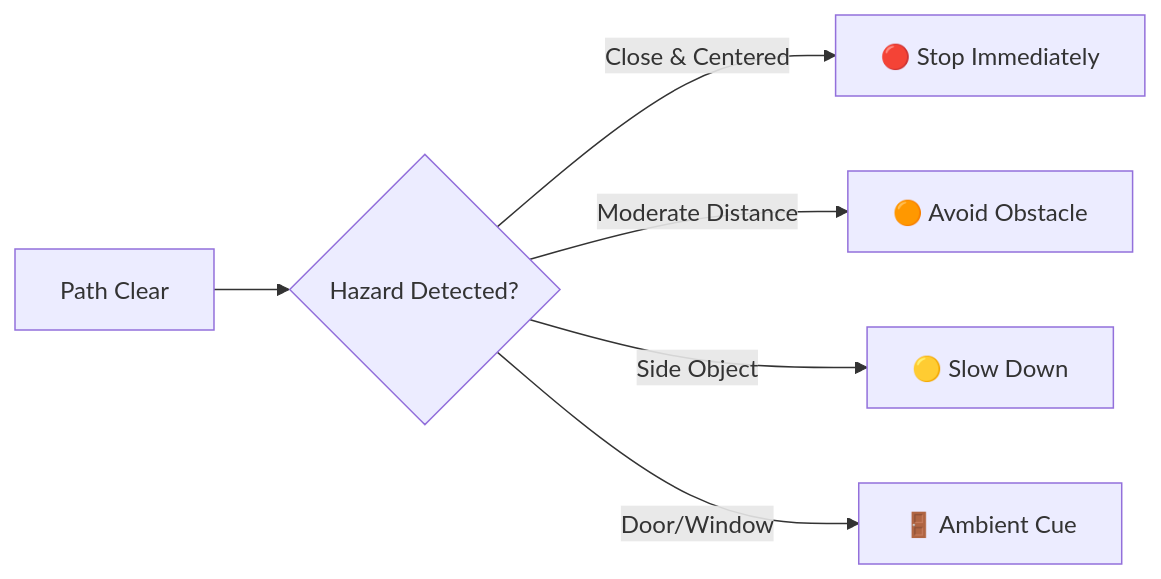
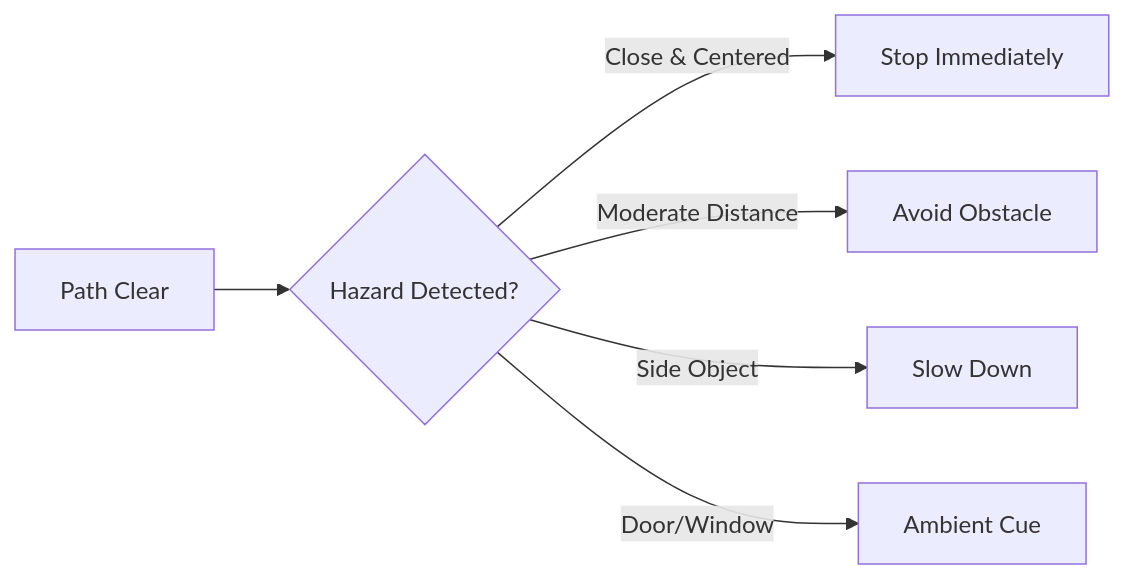
The first of 2 diagrams in docs/source-of-truth/06_walking_navigation.md (Thes-IS-IT/Easylens), drawn with Mermaid before and after one commit. The commit also changed other lines of this file and 42 other files, not shown here.

````diff
--- a/docs/source-of-truth/06_walking_navigation.md
+++ b/docs/source-of-truth/06_walking_navigation.md
@@ -34,8 +36,8 @@
 ```mermaid
 graph LR
     Clear[Path Clear] --> Check{Hazard Detected?}
-    Check -- Close & Centered --> Stop[🔴 Stop Immediately]
-    Check -- Moderate Distance --> Avoid[🟠 Avoid Obstacle]
-    Check -- Side Object --> Slow[🟡 Slow Down]
-    Check -- Door/Window --> Ambient[🚪 Ambient Cue]
+    Check -- Close & Centered --> Stop[Stop Immediately]
+    Check -- Moderate Distance --> Avoid[Avoid Obstacle]
+    Check -- Side Object --> Slow[Slow Down]
+    Check -- Door/Window --> Ambient[Ambient Cue]
 ```
````
